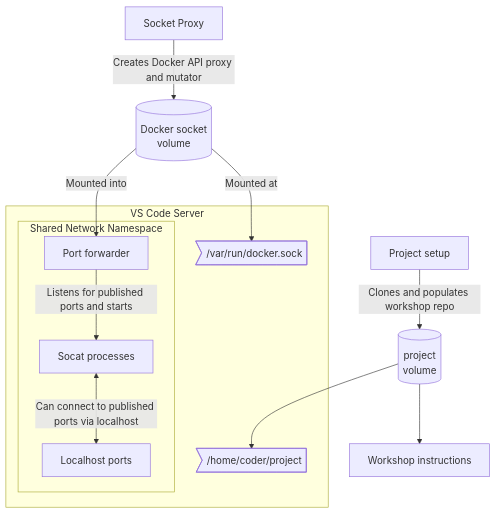
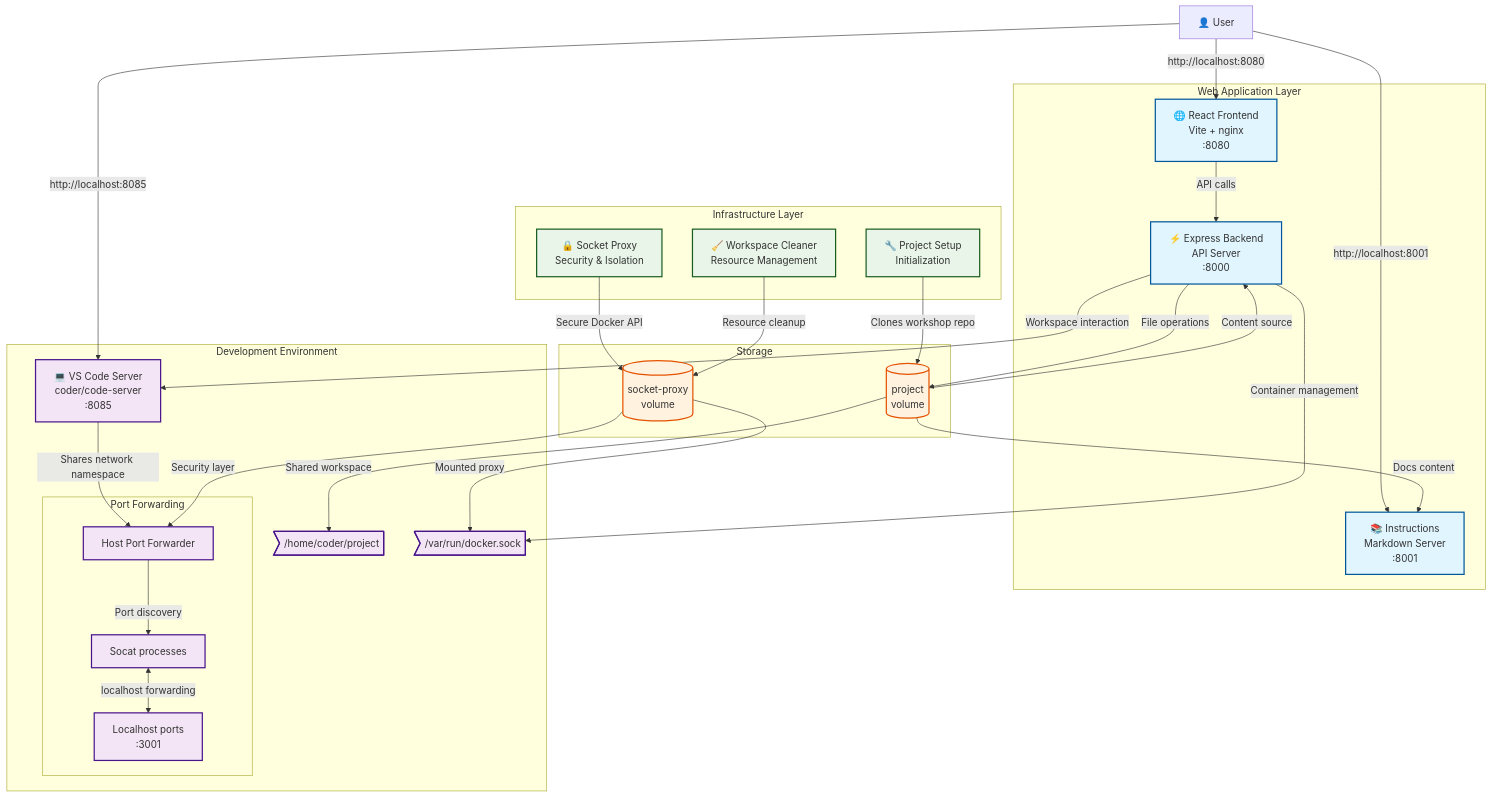
One commit to ajeetraina/workshop-poc-infra changed the diagram in README.md. Above: the diagram before and after it, drawn with Mermaid. The commit also changed other lines of this file, not shown here.

Commit message:
Update README with new React + Express architecture diagram

````diff
--- a/README.md
+++ b/README.md
@@ -11,26 +11,72 @@
 ```mermaid
 flowchart TD
-    subgraph VS Code Server
+    User[👤 User] -->|http://localhost:8080| Frontend
+    User -->|http://localhost:8085| VSCode
+    User -->|http://localhost:8001| Instructions
+
+    subgraph "Web Application Layer"
+        Frontend[🌐 React Frontend<br/>Vite + nginx<br/>:8080]
+        Backend[⚡ Express Backend<br/>API Server<br/>:8000]
+        Instructions[📚 Instructions<br/>Markdown Server<br/>:8001]
+        
+        Frontend -->|API calls| Backend
+    end
+
+    subgraph "Development Environment"
+        VSCode[💻 VS Code Server<br/>coder/code-server<br/>:8085]
         project@{ shape: odd, label: "/home/coder/project" }
         socket@{ shape: odd, label: "/var/run/docker.sock" }
-        localhostPorts[Localhost ports]
-
-        subgraph Shared Network Namespace
-            localhostPorts["Localhost ports"]
-            socat["Socat processes"]
-            Forwarder[Port forwarder]
+        
+        subgraph "Port Forwarding"
+            localhostPorts[Localhost ports<br/>:3001]
+            socat[Socat processes]
+            Forwarder[Host Port Forwarder]
         end
     end
 
-    Setup[Project setup] -->|Clones and populates workshop repo| Volume@{ shape: cyl, label: "project\nvolume" }
-    Volume --> project
+    subgraph "Infrastructure Layer"
+        Setup[🔧 Project Setup<br/>Initialization]
+        ProxyContainer[🔒 Socket Proxy<br/>Security & Isolation]
+        WorkspaceCleaner[🧹 Workspace Cleaner<br/>Resource Management]
+    end
 
-    Volume --> Instructions[Workshop instructions]
+    subgraph "Storage"
+        Volume@{ shape: cyl, label: "project\nvolume" }
+        SocketVolume@{ shape: cyl, label: "socket-proxy\nvolume" }
+    end
 
-    SocketVolume -->|Mounted into| Forwarder
-    Forwarder -->|Listens for published ports and starts|socat
-    socat <--> |Can connect to published ports via localhost| localhostPorts
+    %% Setup and Volume relationships
+    Setup -->|Clones workshop repo| Volume
+    Volume -->|Shared workspace| project
+    Volume -->|Content source| Backend
+    Volume -->|Docs content| Instructions
 
-    ProxyContainer[Socket Proxy] -->|Creates Docker API proxy and mutator| SocketVolume@{ shape: cyl, label: "Docker socket\nvolume" }
-    SocketVolume -->|Mounted at| socket
+    %% Backend connections
+    Backend -->|File operations| Volume
+    Backend -->|Container management| socket
+    Backend -->|Workspace interaction| VSCode
+
+    %% VS Code and Port Forwarding
+    VSCode -->|Shares network namespace| Forwarder
+    Forwarder -->|Port discovery| socat
+    socat <-->|localhost forwarding| localhostPorts
+
+    %% Socket Proxy
+    ProxyContainer -->|Secure Docker API| SocketVolume
+    SocketVolume -->|Mounted proxy| socket
+    SocketVolume -->|Security layer| Forwarder
+
+    %% Workspace Management
+    WorkspaceCleaner -->|Resource cleanup| SocketVolume
+
+    %% Styling
+    classDef webLayer fill:#e1f5fe,stroke:#01579b,stroke-width:2px
+    classDef devLayer fill:#f3e5f5,stroke:#4a148c,stroke-width:2px
+    classDef infraLayer fill:#e8f5e8,stroke:#1b5e20,stroke-width:2px
+    classDef storage fill:#fff3e0,stroke:#e65100,stroke-width:2px
+
+    class Frontend,Backend,Instructions webLayer
+    class VSCode,project,socket,localhostPorts,socat,Forwarder devLayer
+    class Setup,ProxyContainer,WorkspaceCleaner infraLayer
+    class Volume,SocketVolume storage
 ```
````
